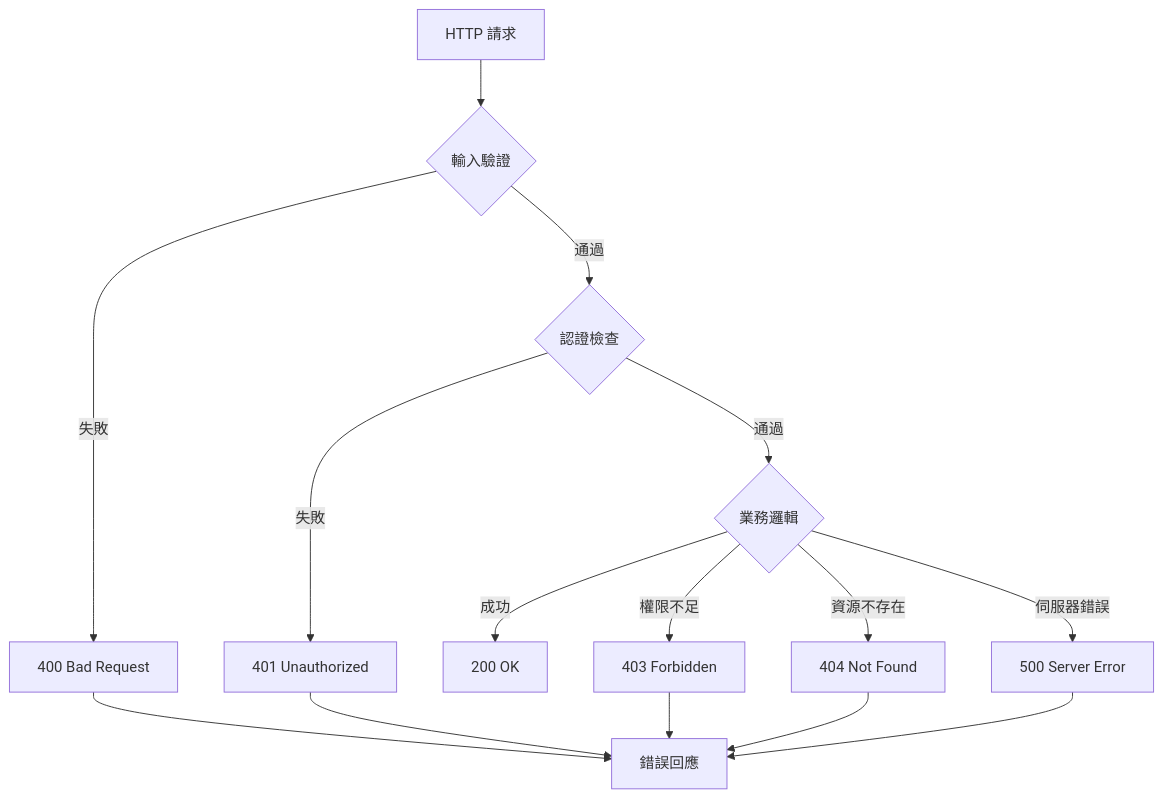
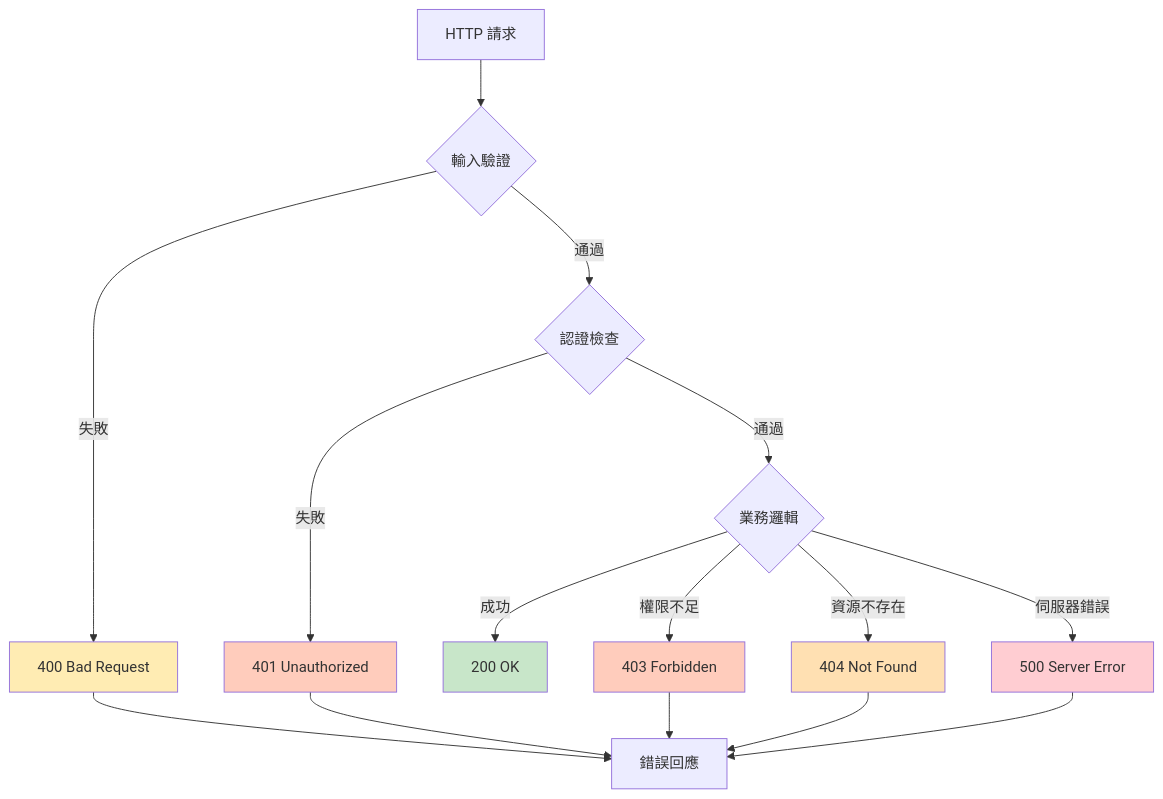
One commit to tboydar/service-booking-api changed the eighth of 22 diagrams in README.md. Above: the diagram before and after it, drawn with Mermaid. The commit also changed other lines of this file and 11 other files, not shown here.

````diff
--- a/README.md
+++ b/README.md
@@ -673,22 +521,28 @@
 ```mermaid
 flowchart TD
     Request[HTTP 請求] --> Validation{輸入驗證}
 
     Validation -->|通過| Auth{認證檢查}
     Validation -->|失敗| Error400[400 Bad Request]
 
     Auth -->|通過| Business{業務邏輯}
     Auth -->|失敗| Error401[401 Unauthorized]
 
     Business -->|成功| Success[200 OK]
     Business -->|資源不存在| Error404[404 Not Found]
     Business -->|權限不足| Error403[403 Forbidden]
     Business -->|伺服器錯誤| Error500[500 Server Error]
 
     Error400 --> ErrorResponse[錯誤回應]
     Error401 --> ErrorResponse
     Error403 --> ErrorResponse
     Error404 --> ErrorResponse
     Error500 --> ErrorResponse
 
+    style Success fill:#c8e6c9
+    style Error400 fill:#ffecb3
+    style Error401 fill:#ffccbc
+    style Error403 fill:#ffccbc
+    style Error404 fill:#ffe0b2
+    style Error500 fill:#ffcdd2
 ```
````
